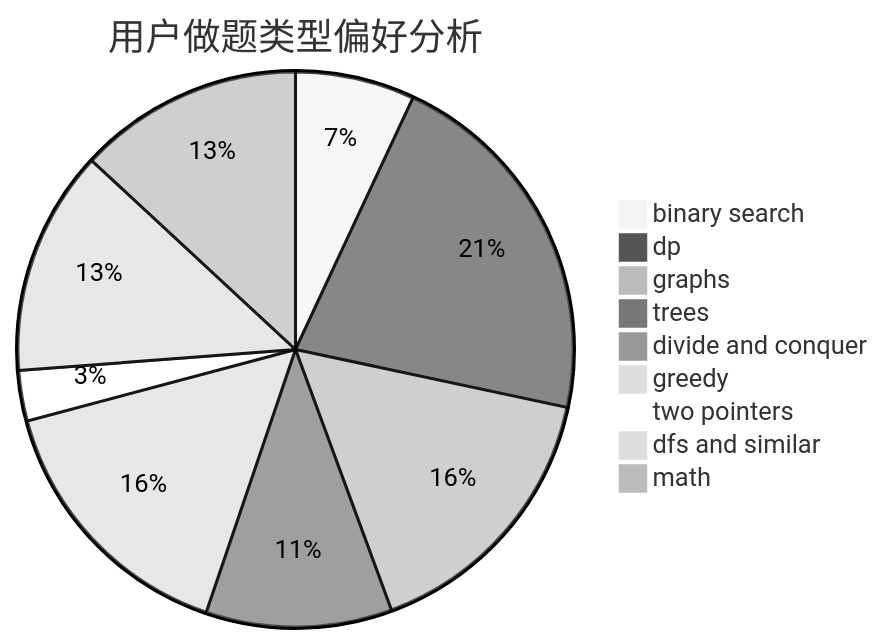
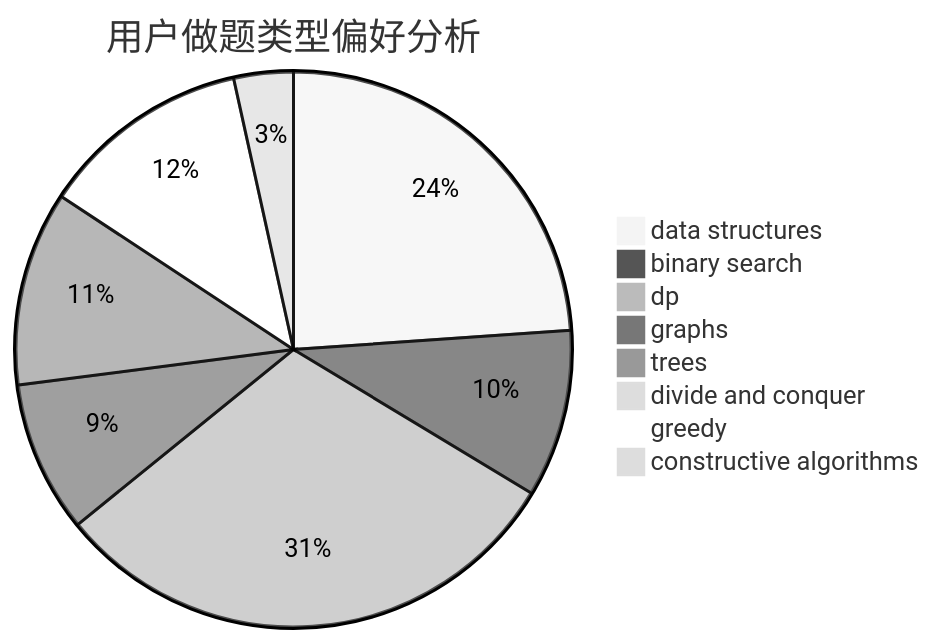
Before and after one commit to sherpahu/cfrs.github.io: the second of 3 diagrams in docs/user/u1894.md, drawn with Mermaid (neutral theme). The commit also changed other lines of this file and 2775 other files, not shown here.

````diff
--- a/docs/user/u1894.md
+++ b/docs/user/u1894.md
@@ -23,12 +23,11 @@
 ```mermaid
 pie title 用户做题类型偏好分析
-    "binary search" :  52
-    "dp" :  160
-    "graphs" :  120
-    "trees" :  81
-    "divide and conquer" :  6
-    "greedy" :  117
-    "two pointers" :  22
-    "dfs and similar" :  98
-    "math" :  98
+    "data structures" :  76
+    "binary search" :  31
+    "dp" :  97
+    "graphs" :  28
+    "trees" :  36
+    "divide and conquer" :  0
+    "greedy" :  39
+    "constructive algorithms" :  11
 ```
````
